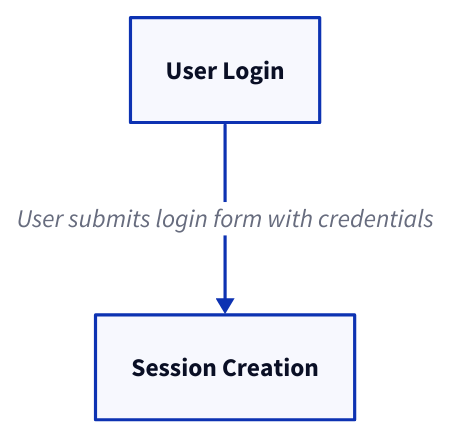
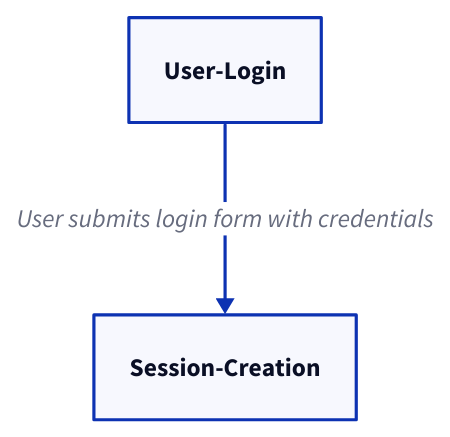
One commit to AIGNE-io/aigne-doc-smith changed the third of 23 diagrams in prompts/document/d2-chart/v2.md. Above: the diagram before and after it, drawn with D2. The commit also changed other lines of this file, not shown here.

````diff
--- a/prompts/document/d2-chart/v2.md
+++ b/prompts/document/d2-chart/v2.md
@@ -36,3 +34,3 @@
   ```d2
-  "User Login" -> "Session Creation": "User submits login form with credentials"
+  User-Login -> Session-Creation: "User submits login form with credentials"
   ```
````
